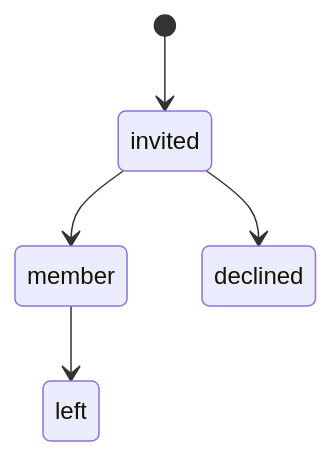
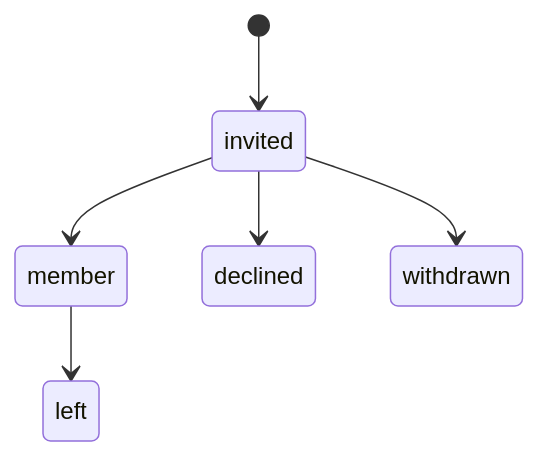
The fifth of 10 diagrams in build/docs/data.md (giorgosroussos/uplift), drawn with Mermaid before and after one commit. The commit also changed other lines of this file and 29 other files, not shown here.

````diff
--- a/build/docs/data.md
+++ b/build/docs/data.md
@@ -500,7 +510,8 @@
 ```mermaid
 stateDiagram-v2
   [*] --> invited
   invited --> member
   invited --> declined
+  invited --> withdrawn
   member --> left
 ```
````
